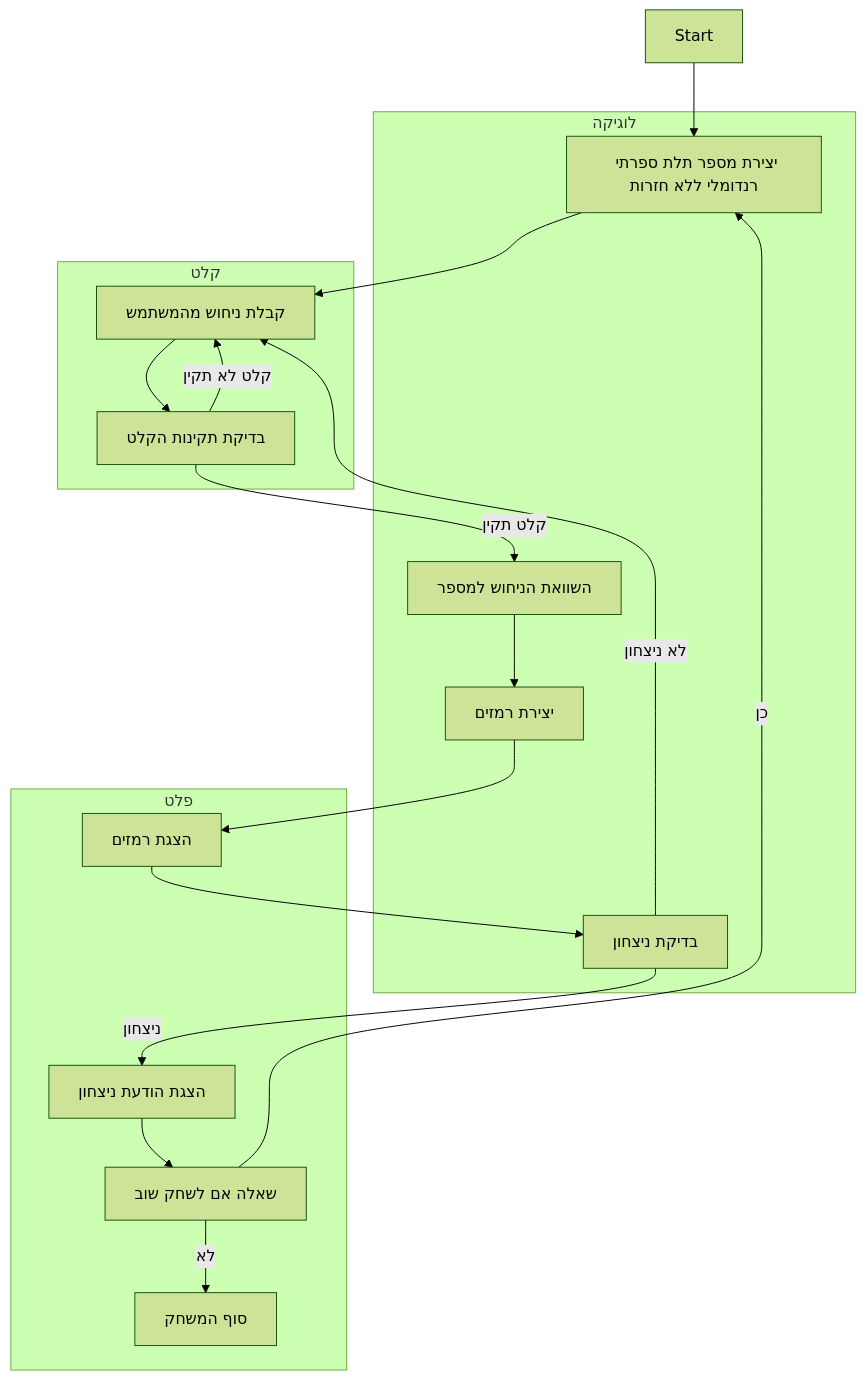
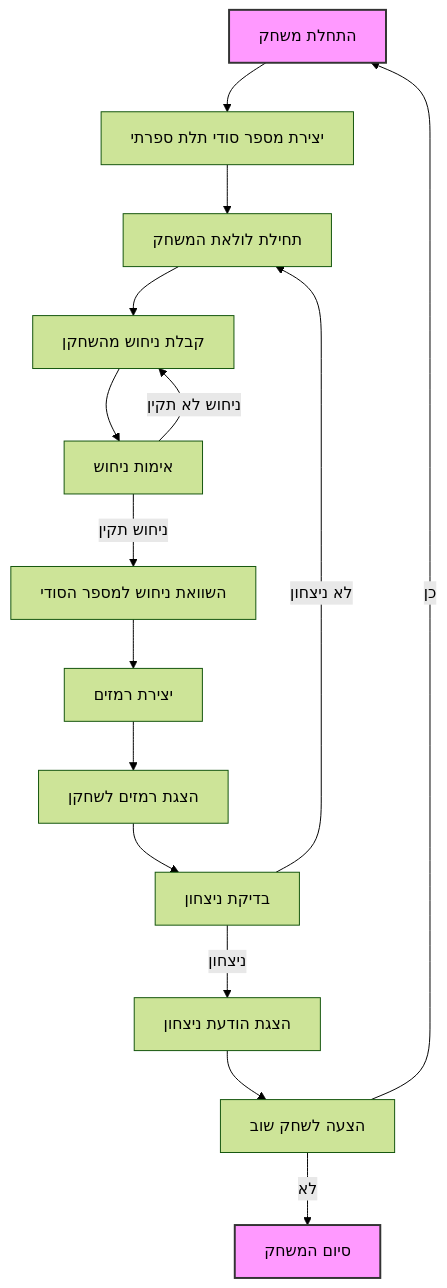
Before and after one commit to hypo69/hypo: the diagram in docs/gemini/he/explainer/src/endpoints/ai_games/101_basic_computer_games/ru/rules/5_bagles.ru.md.md, drawn with Mermaid (forest theme). The commit also changed other lines of this file and 885 other files, not shown here.

````diff
--- a/docs/gemini/he/explainer/src/endpoints/ai_games/101_basic_computer_games/ru/rules/5_bagles.ru.md.md
+++ b/docs/gemini/he/explainer/src/endpoints/ai_games/101_basic_computer_games/ru/rules/5_bagles.ru.md.md
@@ -38,37 +31,20 @@
 ```mermaid
 flowchart TD
-    Start --> GenerateNumber[יצירת מספר תלת ספרתי רנדומלי ללא חזרות];
-    GenerateNumber --> InputGuess[קבלת ניחוש מהמשתמש];
-    InputGuess --> ValidateInput[בדיקת תקינות הקלט];
-    ValidateInput -- קלט לא תקין --> InputGuess;
-    ValidateInput -- קלט תקין --> CompareNumbers[השוואת הניחוש למספר];
-    CompareNumbers --> GenerateHints[יצירת רמזים];
-    GenerateHints --> DisplayHints[הצגת רמזים];
-    DisplayHints --> CheckWin[בדיקת ניצחון];
+    Start[התחלת משחק] --> GenerateSecretNumber[יצירת מספר סודי תלת ספרתי];
+    GenerateSecretNumber --> GameLoopStart[תחילת לולאת המשחק];
+    GameLoopStart --> GetPlayerGuess[קבלת ניחוש מהשחקן];
+    GetPlayerGuess --> ValidateGuess[אימות ניחוש];
+    ValidateGuess -- ניחוש לא תקין --> GetPlayerGuess;
+    ValidateGuess -- ניחוש תקין --> CompareGuess[השוואת ניחוש למספר הסודי];
+    CompareGuess --> GenerateClues[יצירת רמזים];
+    GenerateClues --> DisplayClues[הצגת רמזים לשחקן];
+    DisplayClues --> CheckWin[בדיקת ניצחון];
     CheckWin -- ניצחון --> DisplayWinMessage[הצגת הודעת ניצחון];
-    DisplayWinMessage --> PlayAgain[שאלה אם לשחק שוב];
-    CheckWin -- לא ניצחון --> InputGuess;
-    PlayAgain -- כן --> GenerateNumber;
-    PlayAgain -- לא --> End;
-    End[סוף המשחק];
-    
-    
-    subgraph קלט
-    InputGuess
-    ValidateInput
-    end
-    
-    subgraph לוגיקה
-    GenerateNumber
-    CompareNumbers
-    GenerateHints
-    CheckWin
-    end
-    
-     subgraph פלט
-    DisplayHints
-    DisplayWinMessage
-    PlayAgain
-    End
-     end
+     DisplayWinMessage --> PlayAgain[הצעה לשחק שוב];
+    CheckWin -- לא ניצחון --> GameLoopStart;
+    PlayAgain -- כן --> Start;
+    PlayAgain -- לא --> End[סיום המשחק];
+   
+    style Start fill:#f9f,stroke:#333,stroke-width:2px
+    style End fill:#f9f,stroke:#333,stroke-width:2px
 ```
````
